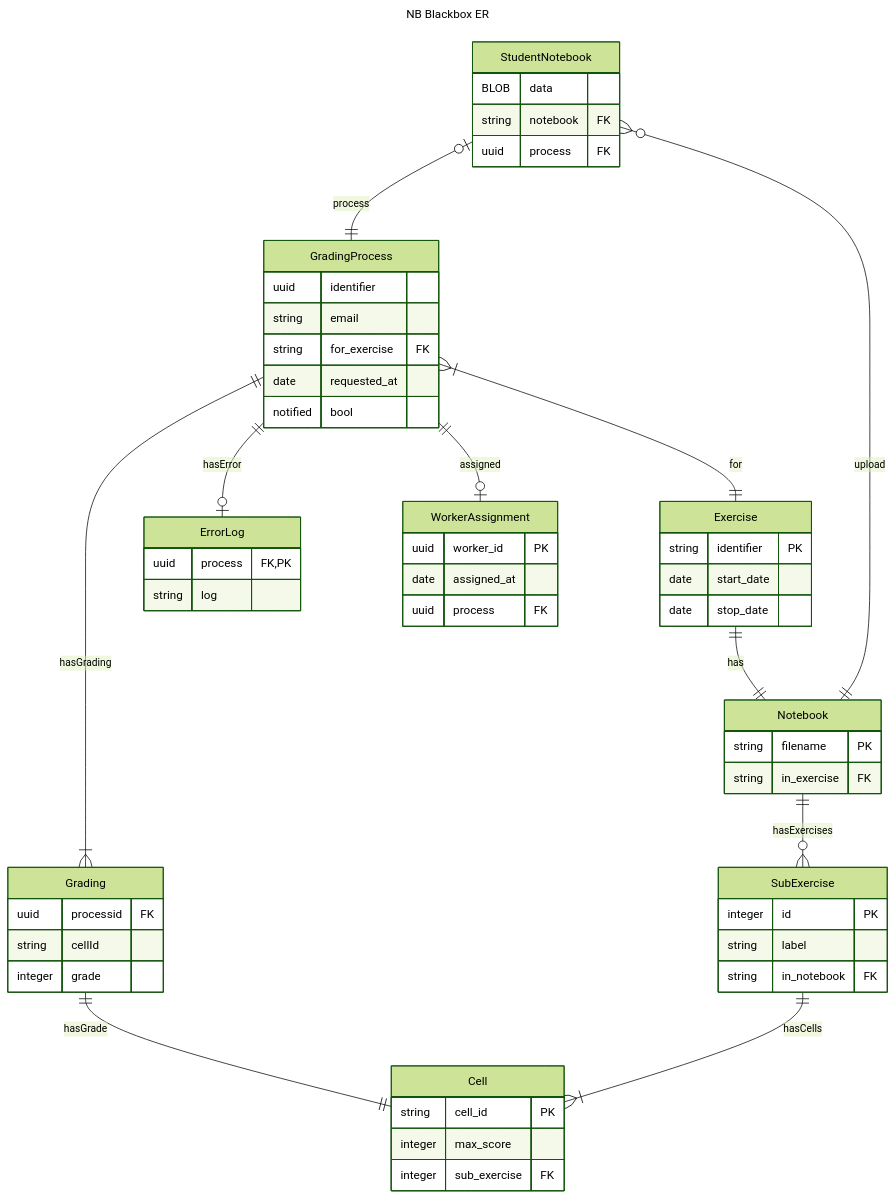
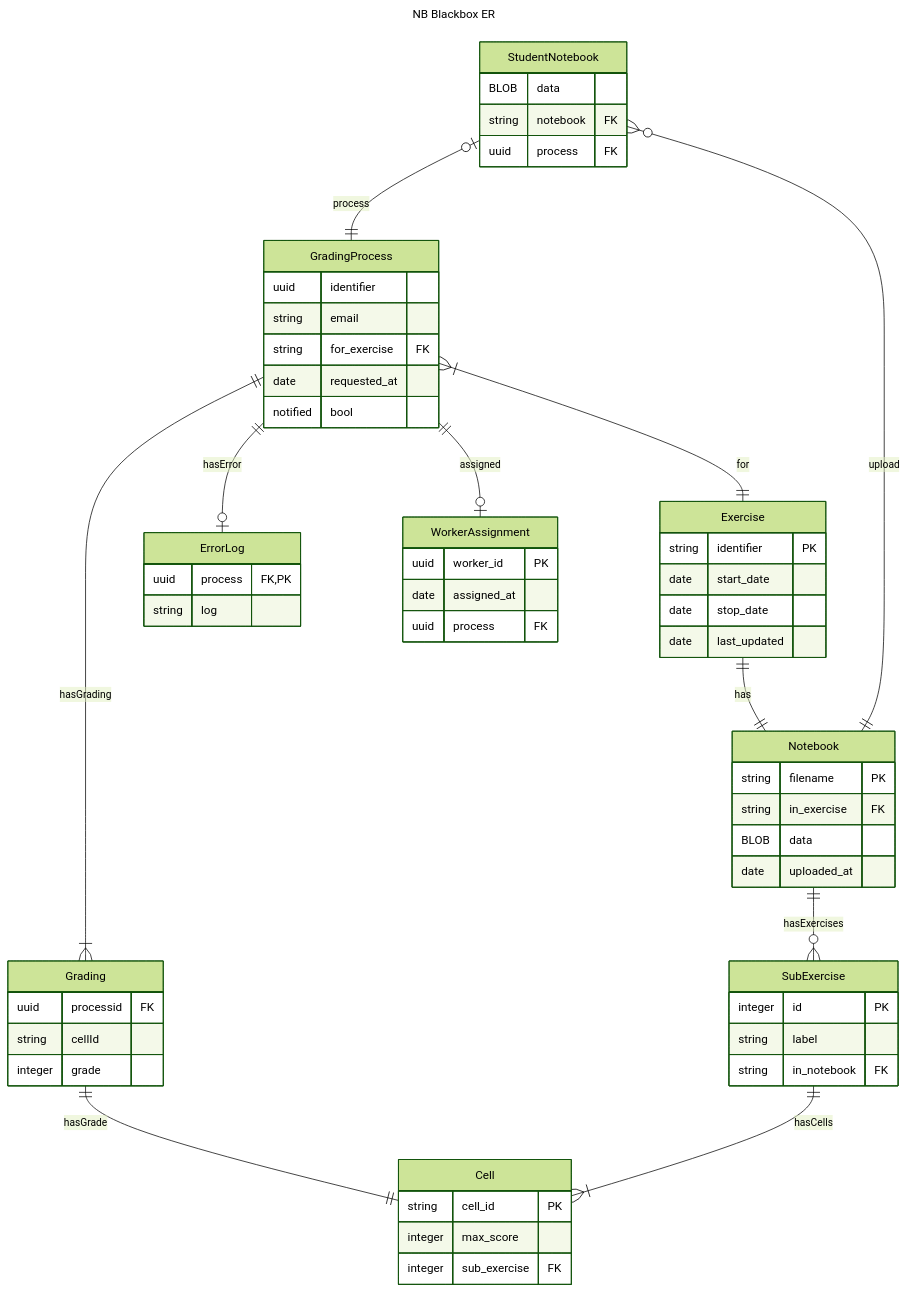
The diagram in datamodel.md (RWTH-DBIS/Ampelgrader), drawn with Mermaid (forest theme) before and after one commit. The commit also changed 20 other files, not shown here.

````diff
--- a/datamodel.md
+++ b/datamodel.md
@@ -3,73 +3,77 @@
 ```mermaid
 ---
 title: NB Blackbox ER
 ---
 
 erDiagram
     Exercise {
         string identifier PK
         date start_date
         date stop_date
+        date last_updated
     }
+
     Notebook {
         string filename PK
         string in_exercise FK
+        BLOB data
+        date uploaded_at
     }
     
     SubExercise {
         integer id PK
         string label
         string in_notebook FK
     }
     
     Cell {
         string cell_id PK
         integer max_score
         integer sub_exercise FK
     }
     
     GradingProcess {
         uuid identifier
         string email
         string for_exercise FK
         date requested_at
         notified bool
     }
     
     Grading {
         uuid processid FK
         string cellId
         integer grade
     }
     
     ErrorLog {
         uuid process FK,PK
         string log
     }
     
     WorkerAssignment {
         uuid worker_id PK
         date assigned_at
         uuid process FK
     }
     
     StudentNotebook {
         BLOB data
         string notebook FK
         uuid process FK
     }
         
     Exercise ||--|| Notebook: has
     GradingProcess }|--|| Exercise: for
     GradingProcess ||--|{ Grading: hasGrading
     GradingProcess ||--o| ErrorLog: hasError
     
     Grading ||--|| Cell: hasGrade
 
     Notebook ||--o{ SubExercise: hasExercises
     SubExercise ||--|{ Cell: hasCells
 
     GradingProcess ||--o| WorkerAssignment: assigned
     StudentNotebook }o--|| Notebook: upload
     StudentNotebook |o--|| GradingProcess: process
 ```
````
